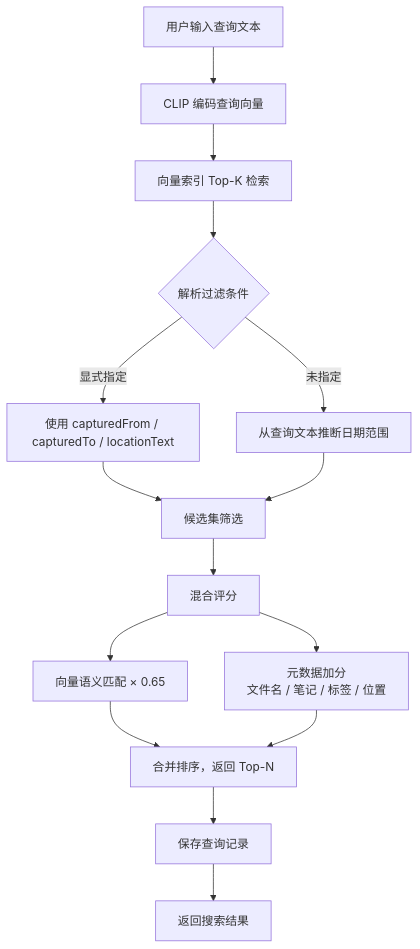
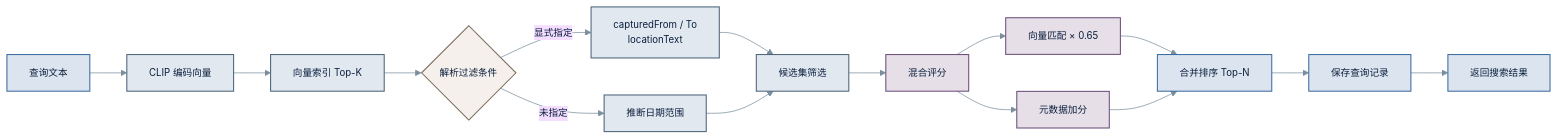
The third of 3 diagrams in README.md (MangolDurian/RecallLens), drawn with Mermaid before and after one commit. The commit also changed other lines of this file and 1 other file, not shown here.

First line of the commit message:
优化 Mermaid 流程图样式：墨水/纸张色系 + 分层色卡

````diff
--- a/README.md
+++ b/README.md
@@ -95,17 +108,24 @@
 ```mermaid
-flowchart TD
-    A[用户输入查询文本] --> B[CLIP 编码查询向量]
-    B --> C[向量索引 Top-K 检索]
-    C --> D{解析过滤条件}
-    D -->|显式指定| E[使用 capturedFrom / capturedTo / locationText]
-    D -->|未指定| F[从查询文本推断日期范围]
-    E --> G[候选集筛选]
+%%{init:{"theme":"base","themeVariables":{"primaryTextColor":"#0a1f3d","lineColor":"#7a8f9e","fontFamily":"system-ui,sans-serif","fontSize":"13px"}}}%%
+flowchart LR
+    classDef input fill:#dce5ef,stroke:#3a6b9f,stroke-width:1.4px,color:#0a1f3d
+    classDef process fill:#e2e8f0,stroke:#4a6278,stroke-width:1.4px,color:#0a1f3d
+    classDef decision fill:#f5f0eb,stroke:#7d6e5d,stroke-width:1.4px,color:#0a1f3d
+    classDef score fill:#e6dfe8,stroke:#6b4d7a,stroke-width:1.4px,color:#0a1f3d
+    classDef result fill:#dce5ef,stroke:#3a6b9f,stroke-width:1.4px,color:#0a1f3d
+
+    A["查询文本"]:::input --> B["CLIP 编码向量"]:::process
+    B --> C["向量索引 Top-K"]:::process
+    C --> D{"解析过滤条件"}:::decision
+    D -->|"显式指定"| E["capturedFrom / To<br/>locationText"]:::process
+    D -->|"未指定"| F["推断日期范围"]:::process
+    E --> G["候选集筛选"]:::process
     F --> G
-    G --> H[混合评分]
-    H --> I[向量语义匹配 × 0.65]
-    H --> J[元数据加分<br/>文件名 / 笔记 / 标签 / 位置]
-    I --> K[合并排序，返回 Top-N]
+    G --> H["混合评分"]:::score
+    H --> I["向量匹配 × 0.65"]:::score
+    H --> J["元数据加分"]:::score
+    I --> K["合并排序 Top-N"]:::result
     J --> K
-    K --> L[保存查询记录]
-    L --> M[返回搜索结果]
+    K --> L["保存查询记录"]:::result
+    L --> M["返回搜索结果"]:::result
 ```
````
